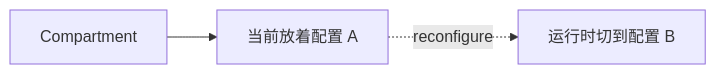
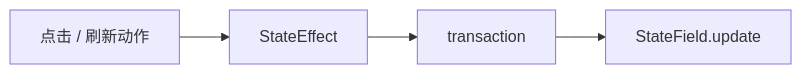
Before and after one commit to swarm-apps/SwarmNote: the third of 3 diagrams in dev-notes/cm6-from-0-to-1/04-先学会判断一个功能该写成哪种扩展.md, drawn with Mermaid. The commit also changed other lines of this file and 9 other files, not shown here.

````diff
--- a/dev-notes/cm6-from-0-to-1/04-先学会判断一个功能该写成哪种扩展.md
+++ b/dev-notes/cm6-from-0-to-1/04-先学会判断一个功能该写成哪种扩展.md
@@ -133,5 +375,6 @@
 ```mermaid
 graph LR
-    A[Compartment] --> B[当前放着配置 A]
-    B -.reconfigure.-> C[运行时切到配置 B]
+    A[点击 / 刷新动作] --> B[StateEffect]
+    B --> C[transaction]
+    C --> D[StateField.update]
 ```
````
